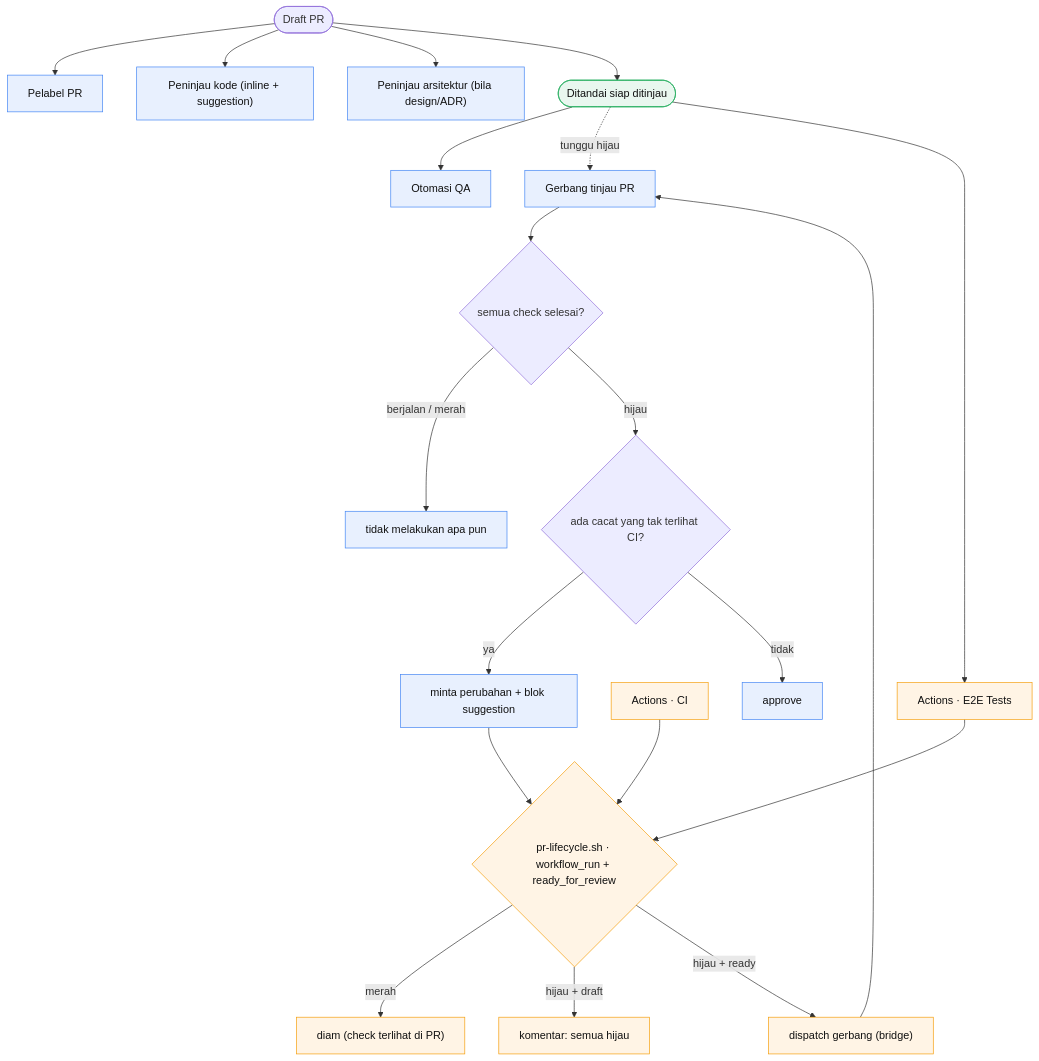
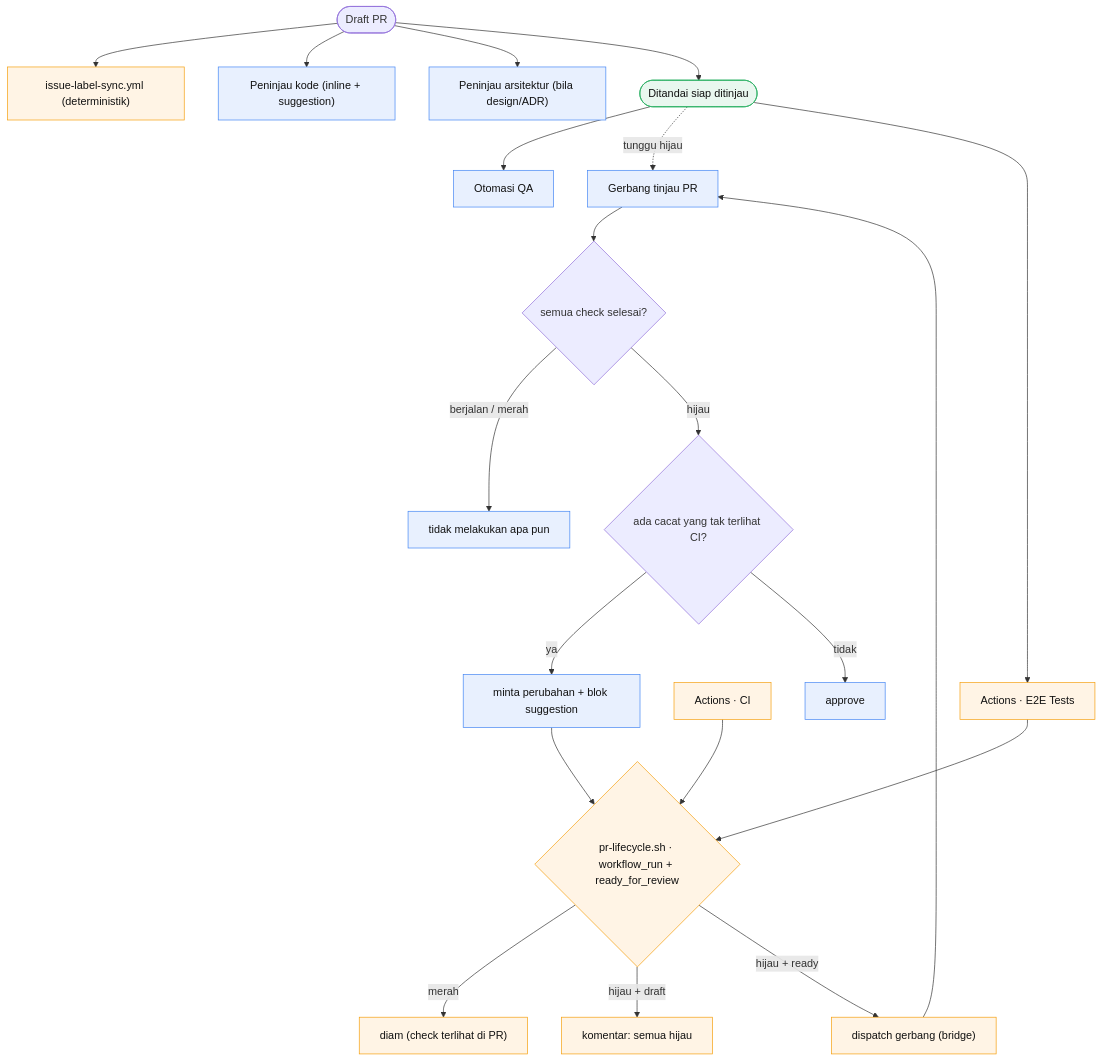
Before and after one commit to cipansor/cipansor: the fourth of 6 diagrams in docs/SDLC-FLOW.md, drawn with Mermaid. The commit also changed other lines of this file and 3 other files, not shown here.

````diff
--- a/docs/SDLC-FLOW.md
+++ b/docs/SDLC-FLOW.md
@@ -566,28 +568,28 @@
 ```mermaid
 flowchart TD
   classDef cloud fill:#e8f0fe,stroke:#4285f4,color:#111;
   classDef gh fill:#fff4e5,stroke:#f59e0b,color:#111;
   classDef human fill:#e9f7ef,stroke:#27ae60,color:#111;
 
-  DPR([Draft PR]) --> C17["Pelabel PR"]:::cloud
+  DPR([Draft PR]) --> C17["issue-label-sync.yml (deterministik)"]:::gh
   DPR --> C8["Peninjau kode (inline + suggestion)"]:::cloud
   DPR --> C4["Peninjau arsitektur (bila design/ADR)"]:::cloud
   DPR --> RDY(["Ditandai siap ditinjau"]):::human
 
   RDY --> C10["Otomasi QA"]:::cloud
   RDY -. "tunggu hijau" .-> C18["Gerbang tinjau PR"]:::cloud
   RDY --> E2E["Actions · E2E Tests"]:::gh
   CI["Actions · CI"]:::gh --> LC
 
   E2E --> LC{"pr-lifecycle.sh · workflow_run + ready_for_review"}:::gh
   LC -- merah --> RQ["diam (check terlihat di PR)"]:::gh
   LC -- "hijau + draft" --> GC["komentar: semua hijau"]:::gh
   LC -- "hijau + ready" --> DISP["dispatch gerbang (bridge)"]:::gh --> C18
 
   C18 --> DEC{"semua check selesai?"}
   DEC -- "berjalan / merah" --> STOP["tidak melakukan apa pun"]:::cloud
   DEC -- hijau --> REV{"ada cacat yang tak terlihat CI?"}
   REV -- ya --> RC["minta perubahan + blok suggestion"]:::cloud
   REV -- tidak --> APP["approve"]:::cloud
   RC --> LC
 ```
````
